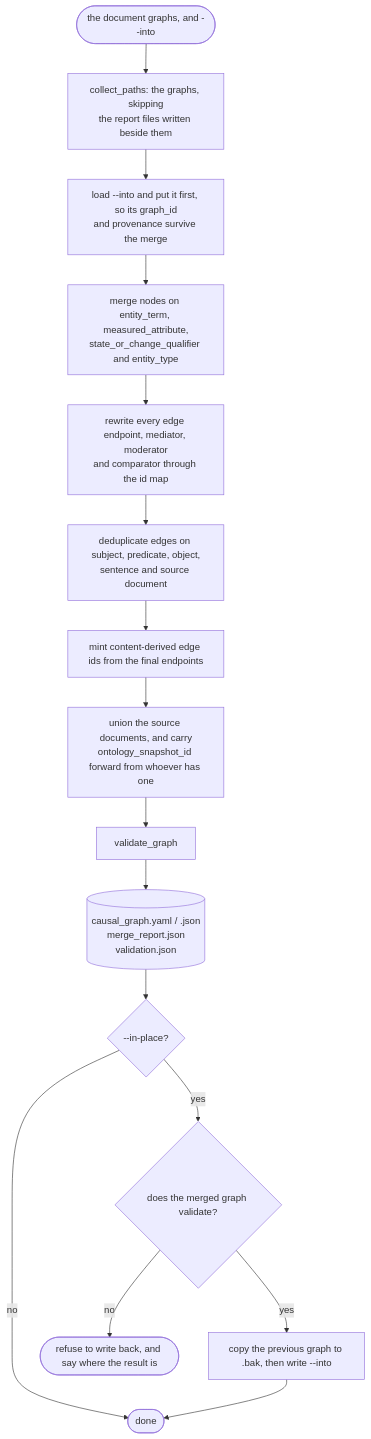
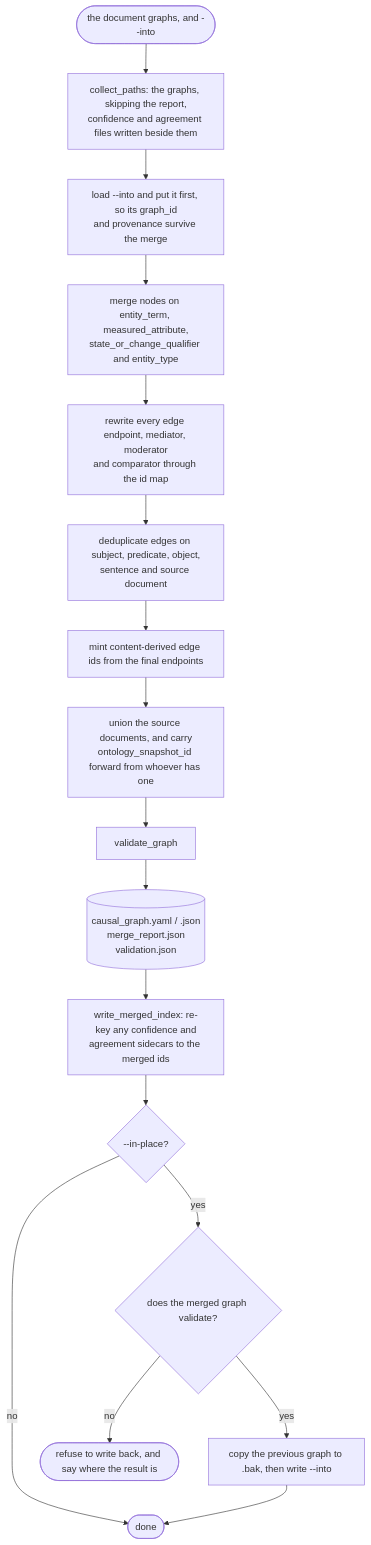
The tenth of 10 diagrams in README.md (timalamenciak/graphingest), drawn with Mermaid before and after one commit. The commit also changed other lines of this file and 10 other files, not shown here.

````diff
--- a/README.md
+++ b/README.md
@@ -478,23 +725,24 @@
 ```mermaid
 flowchart TD
     M0(["the document graphs, and --into"]) --> M1
-    M1["collect_paths: the graphs, skipping<br/>the report files written beside them"]
+    M1["collect_paths: the graphs, skipping the report,<br/>confidence and agreement files written beside them"]
     M2["load --into and put it first, so its graph_id<br/>and provenance survive the merge"]
     M3["merge nodes on entity_term, measured_attribute,<br/>state_or_change_qualifier and entity_type"]
     M4["rewrite every edge endpoint, mediator, moderator<br/>and comparator through the id map"]
     M5["deduplicate edges on subject, predicate, object,<br/>sentence and source document"]
     M6["mint content-derived edge ids from the final endpoints"]
     M7["union the source documents, and carry<br/>ontology_snapshot_id forward from whoever has one"]
     M8["validate_graph"]
     M9[("causal_graph.yaml / .json<br/>merge_report.json<br/>validation.json")]
+    M9a["write_merged_index: re-key any confidence and<br/>agreement sidecars to the merged ids"]
     M10{"--in-place?"}
     M11{"does the merged graph validate?"}
     M12["copy the previous graph to .bak, then write --into"]
     M13(["refuse to write back, and say where the result is"])
 
-    M1 --> M2 --> M3 --> M4 --> M5 --> M6 --> M7 --> M8 --> M9 --> M10
+    M1 --> M2 --> M3 --> M4 --> M5 --> M6 --> M7 --> M8 --> M9 --> M9a --> M10
     M10 -- no --> DONE(["done"])
     M10 -- yes --> M11
     M11 -- yes --> M12 --> DONE
     M11 -- no --> M13
 ```
````
